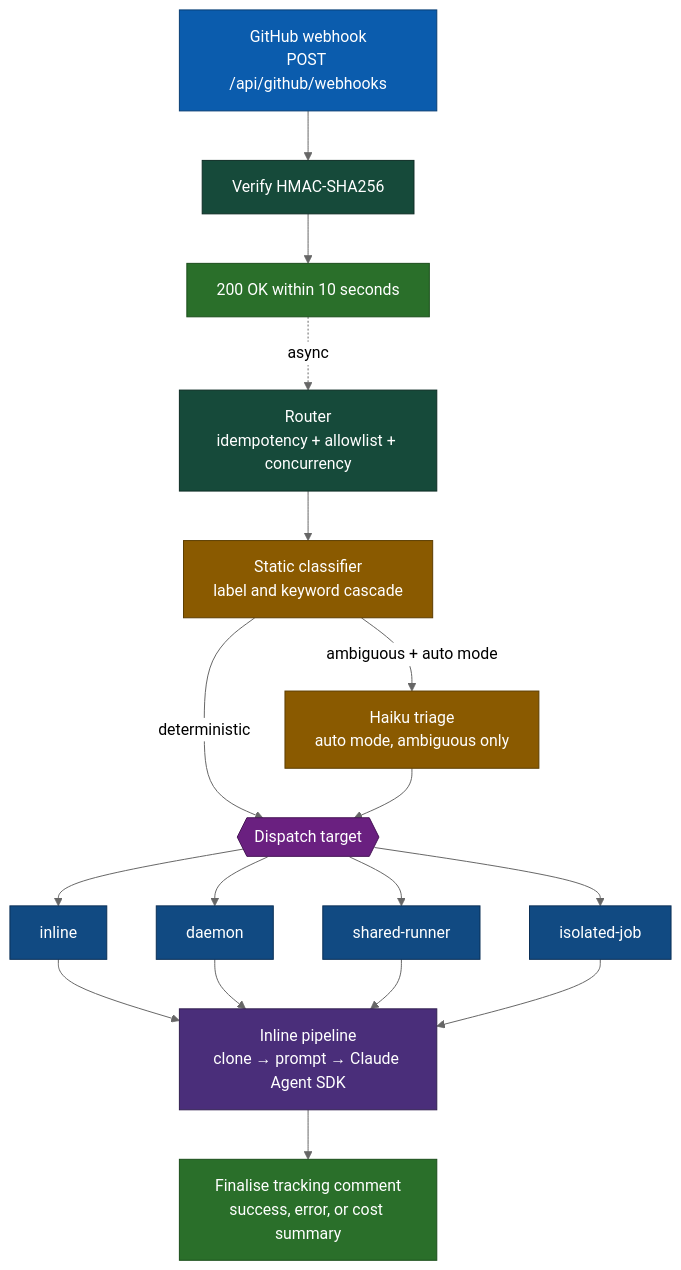
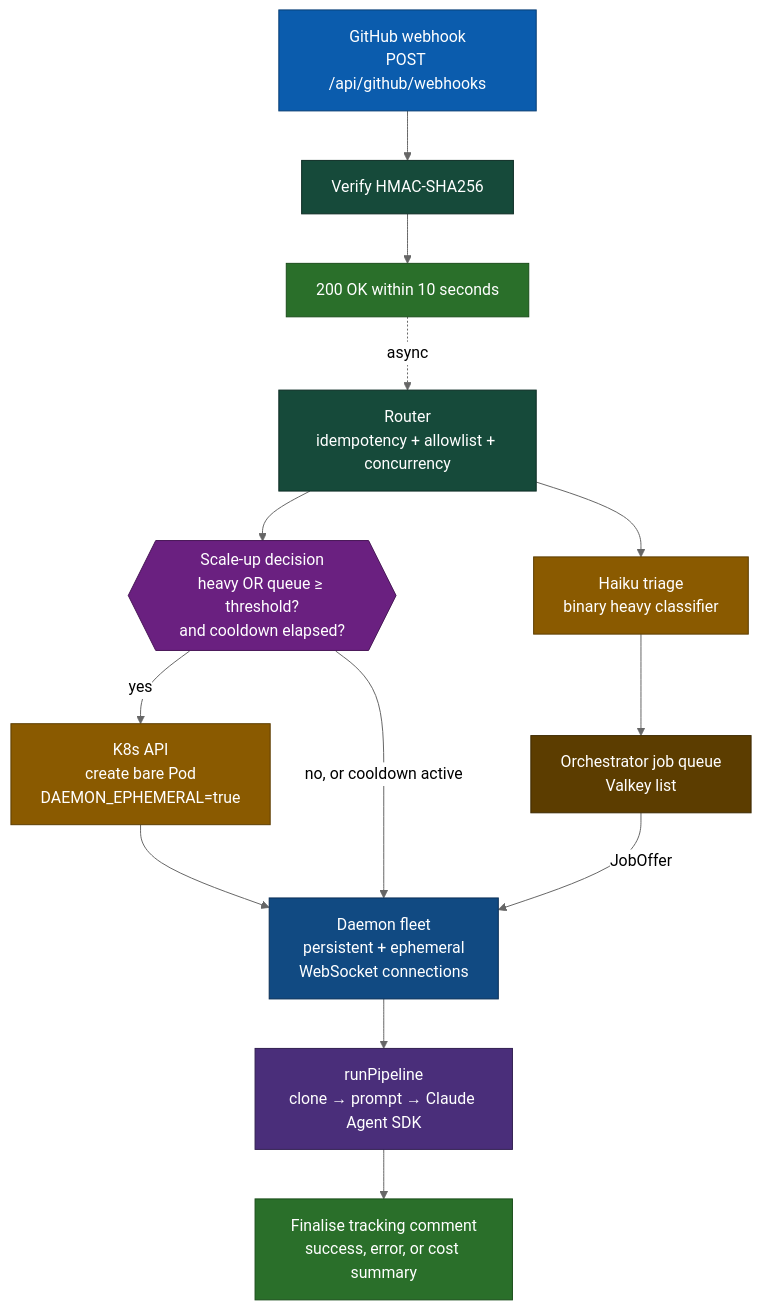
The diagram in docs/ARCHITECTURE.md (chrisleekr/github-app-playground), drawn with Mermaid (neutral theme) before and after one commit. The commit also changed other lines of this file and 57 other files, not shown here.

Commit message:
refactor(dispatch)!: collapse to daemon-only with K8s ephemeral scaling

````diff
--- a/docs/ARCHITECTURE.md
+++ b/docs/ARCHITECTURE.md
@@ -7,41 +7,36 @@
 ```mermaid
 flowchart TD
     GH["GitHub webhook<br/>POST /api/github/webhooks"]:::entry
     VERIFY["Verify HMAC-SHA256"]:::guard
     ACK["200 OK within 10 seconds"]:::ack
     ROUTE["Router<br/>idempotency + allowlist + concurrency"]:::guard
-    SC["Static classifier<br/>label and keyword cascade"]:::decide
-    TR["Haiku triage<br/>auto mode, ambiguous only"]:::decide
-    TGT{{"Dispatch target"}}:::fork
-    IN["inline"]:::target
-    DM["daemon"]:::target
-    SR["shared-runner"]:::target
-    IJ["isolated-job"]:::target
-    PIPE["Inline pipeline<br/>clone → prompt → Claude Agent SDK"]:::work
+    TR["Haiku triage<br/>binary heavy classifier"]:::decide
+    QUEUE["Orchestrator job queue<br/>Valkey list"]:::store
+    SCALE{{"Scale-up decision<br/>heavy OR queue ≥ threshold?<br/>and cooldown elapsed?"}}:::fork
+    SPAWN["K8s API<br/>create bare Pod<br/>DAEMON_EPHEMERAL=true"]:::decide
+    FLEET["Daemon fleet<br/>persistent + ephemeral<br/>WebSocket connections"]:::target
+    PIPE["runPipeline<br/>clone → prompt → Claude Agent SDK"]:::work
     FIN["Finalise tracking comment<br/>success, error, or cost summary"]:::done
 
     GH --> VERIFY --> ACK
     ACK -. async .-> ROUTE
-    ROUTE --> SC
-    SC -->|deterministic| TGT
-    SC -->|ambiguous + auto mode| TR
-    TR --> TGT
-    TGT --> IN
-    TGT --> DM
-    TGT --> SR
-    TGT --> IJ
-    IN --> PIPE
-    DM --> PIPE
-    SR --> PIPE
-    IJ --> PIPE
+    ROUTE --> TR
+    TR --> QUEUE
+    ROUTE --> SCALE
+    SCALE -->|yes| SPAWN
+    SPAWN --> FLEET
+    SCALE -->|no, or cooldown active| FLEET
+    QUEUE -->|JobOffer| FLEET
+    FLEET --> PIPE
     PIPE --> FIN
 
     classDef entry fill:#0b5cad,stroke:#083e74,color:#ffffff
     classDef guard fill:#164a3a,stroke:#0d2c24,color:#ffffff
     classDef ack fill:#2a6f2a,stroke:#1a4d1a,color:#ffffff
     classDef decide fill:#8a5a00,stroke:#5c3d00,color:#ffffff
     classDef fork fill:#6a2080,stroke:#451454,color:#ffffff
     classDef target fill:#114a82,stroke:#0a2f56,color:#ffffff
     classDef work fill:#4a2e7a,stroke:#311f50,color:#ffffff
+    classDef store fill:#5c3d00,stroke:#3d2900,color:#ffffff
     classDef done fill:#2a6f2a,stroke:#1a4d1a,color:#ffffff
 ```
````
